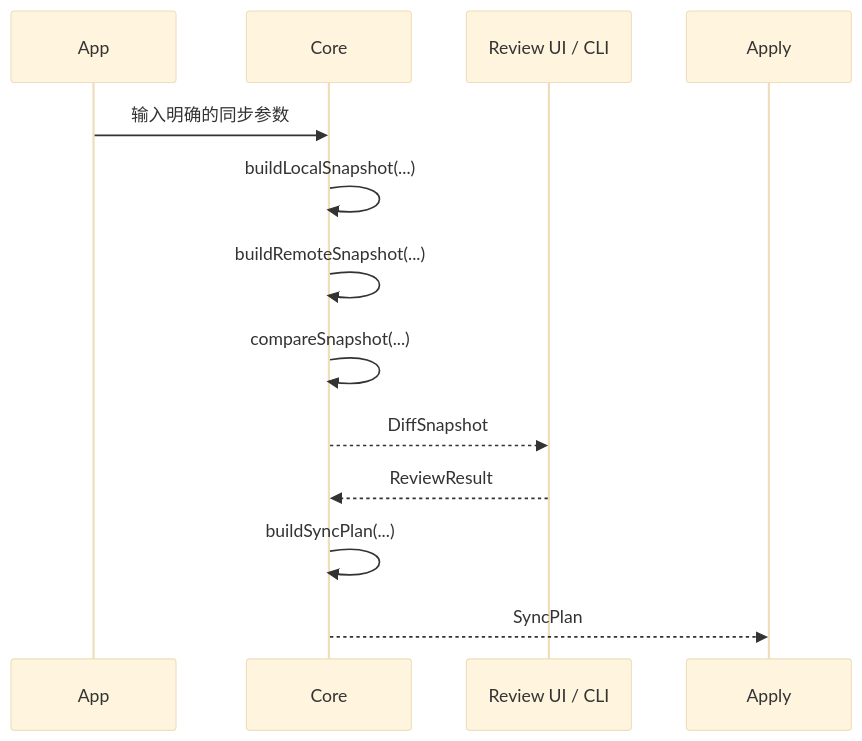
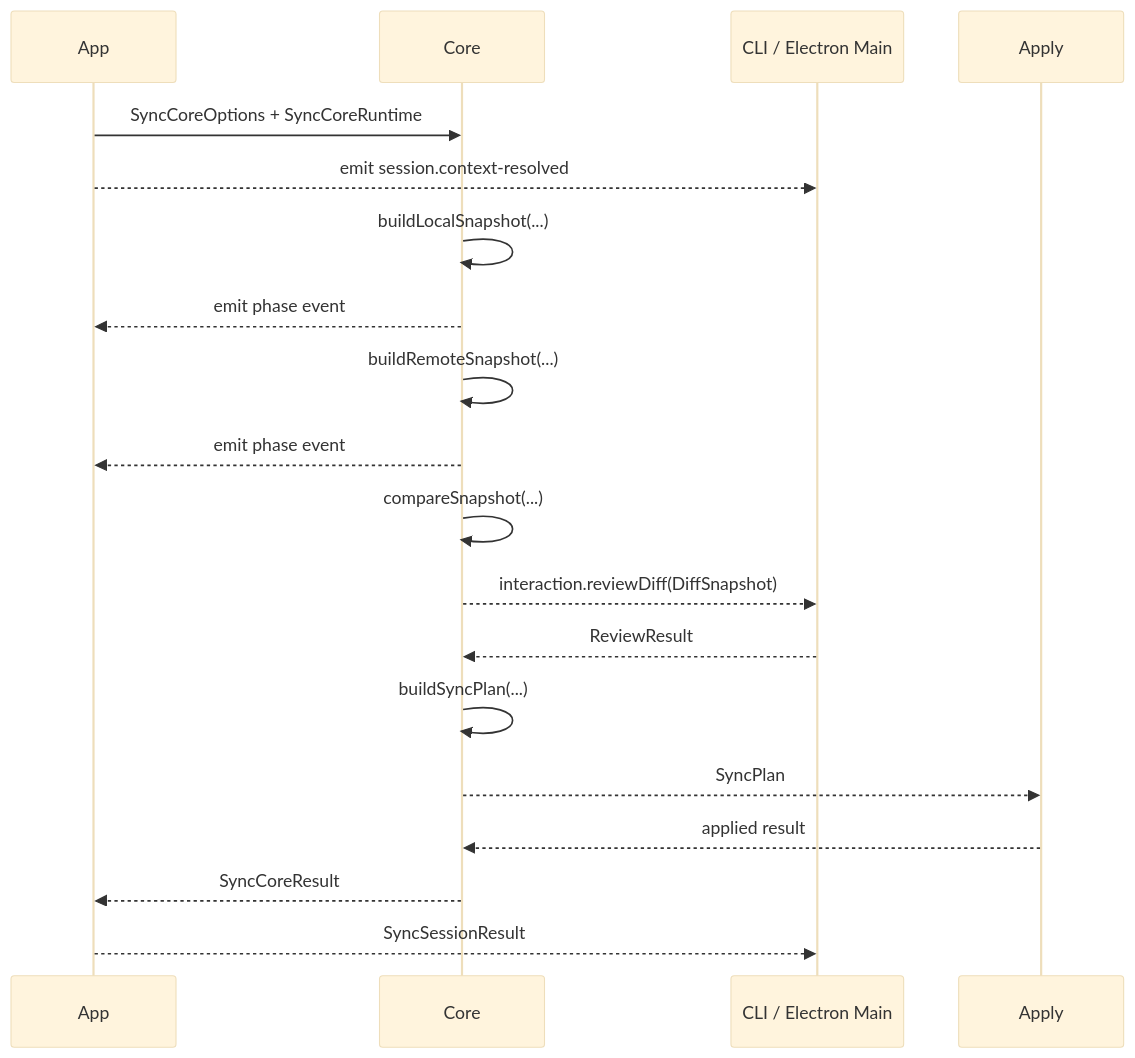
Before and after one commit to agalloch21/sync-with-rclone: the third of 3 diagrams in docs/Architecture.md, drawn with Mermaid (base theme). The commit also changed other lines of this file and 2 other files, not shown here.

````diff
--- a/docs/Architecture.md
+++ b/docs/Architecture.md
@@ -297,16 +353,22 @@
 ```mermaid
 sequenceDiagram
   participant APP as App
   participant CORE as Core
-  participant REVIEW as Review UI / CLI
+  participant SHELL as CLI / Electron Main
   participant APPLY as Apply
 
-  APP->>CORE: 输入明确的同步参数
+  APP->>CORE: SyncCoreOptions + SyncCoreRuntime
+  APP-->>SHELL: emit session.context-resolved
   CORE->>CORE: buildLocalSnapshot(...)
+  CORE-->>APP: emit phase event
   CORE->>CORE: buildRemoteSnapshot(...)
+  CORE-->>APP: emit phase event
   CORE->>CORE: compareSnapshot(...)
-  CORE-->>REVIEW: DiffSnapshot
-  REVIEW-->>CORE: ReviewResult
+  CORE-->>SHELL: interaction.reviewDiff(DiffSnapshot)
+  SHELL-->>CORE: ReviewResult
   CORE->>CORE: buildSyncPlan(...)
   CORE-->>APPLY: SyncPlan
+  APPLY-->>CORE: applied result
+  CORE-->>APP: SyncCoreResult
+  APP-->>SHELL: SyncSessionResult
 ```
````
